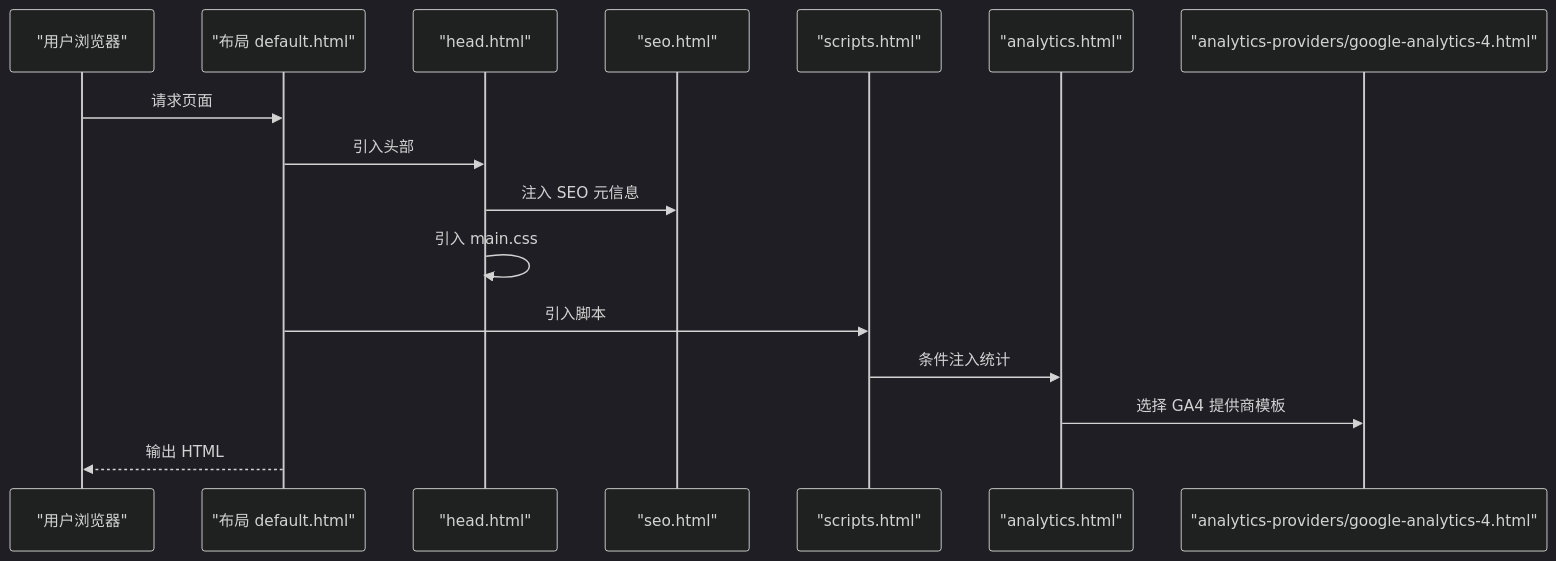
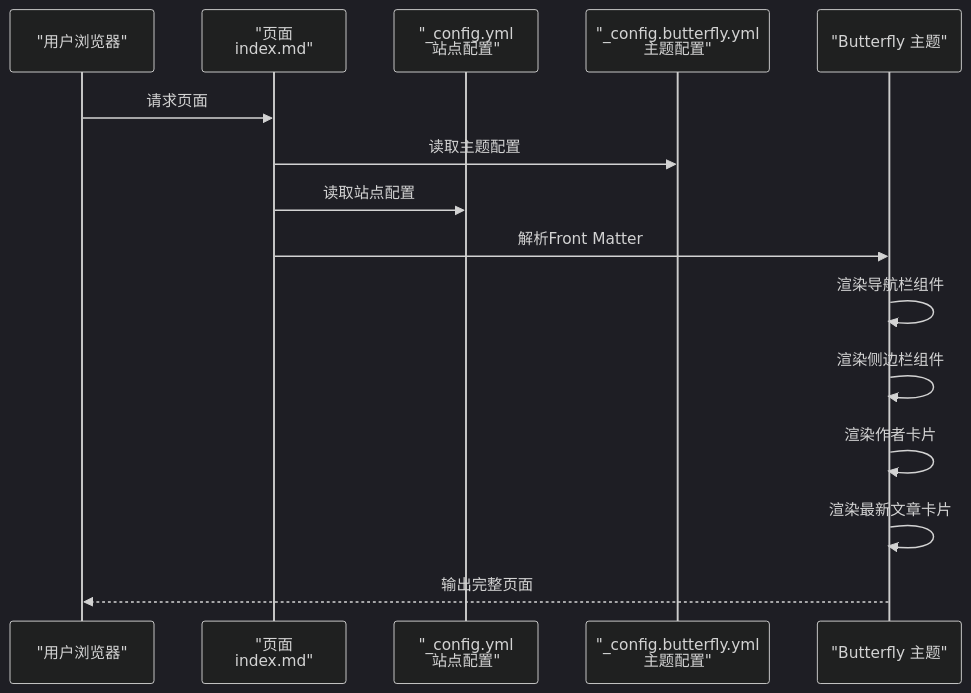
Before and after one commit to CoolPig0720/CoolPig0720.github.io: the second of 3 diagrams in .qoder/repowiki/zh/content/页面布局和模板系统/包含组件系统.md, drawn with Mermaid (dark theme). The commit also changed other lines of this file and 36 other files, not shown here.

````diff
--- a/.qoder/repowiki/zh/content/页面布局和模板系统/包含组件系统.md
+++ b/.qoder/repowiki/zh/content/页面布局和模板系统/包含组件系统.md
@@ -118,18 +92,17 @@
 ```mermaid
 sequenceDiagram
 participant U as "用户浏览器"
-participant L as "布局 default.html"
-participant H as "head.html"
-participant SEO as "seo.html"
-participant S as "scripts.html"
-participant GA as "analytics.html"
-participant GA4 as "analytics-providers/google-analytics-4.html"
-U->>L : 请求页面
-L->>H : 引入头部
-H->>SEO : 注入 SEO 元信息
-H->>H : 引入 main.css
-L->>S : 引入脚本
-S->>GA : 条件注入统计
-GA->>GA4 : 选择 GA4 提供商模板
-L-->>U : 输出 HTML
+participant P as "页面<br/>index.md"
+participant C as "_config.yml<br/>站点配置"
+participant B as "_config.butterfly.yml<br/>主题配置"
+participant T as "Butterfly 主题"
+U->>P : 请求页面
+P->>B : 读取主题配置
+P->>C : 读取站点配置
+P->>T : 解析Front Matter
+T->>T : 渲染导航栏组件
+T->>T : 渲染侧边栏组件
+T->>T : 渲染作者卡片
+T->>T : 渲染最新文章卡片
+T-->>U : 输出完整页面
 ```
````
